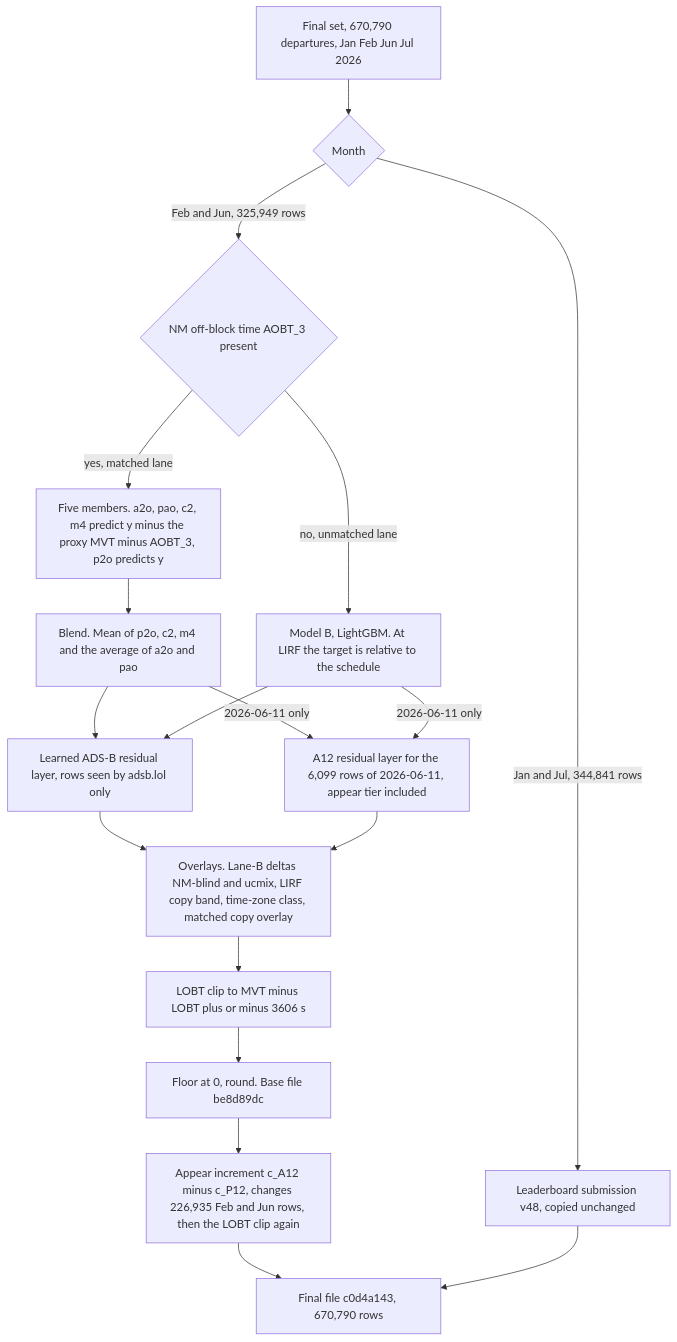
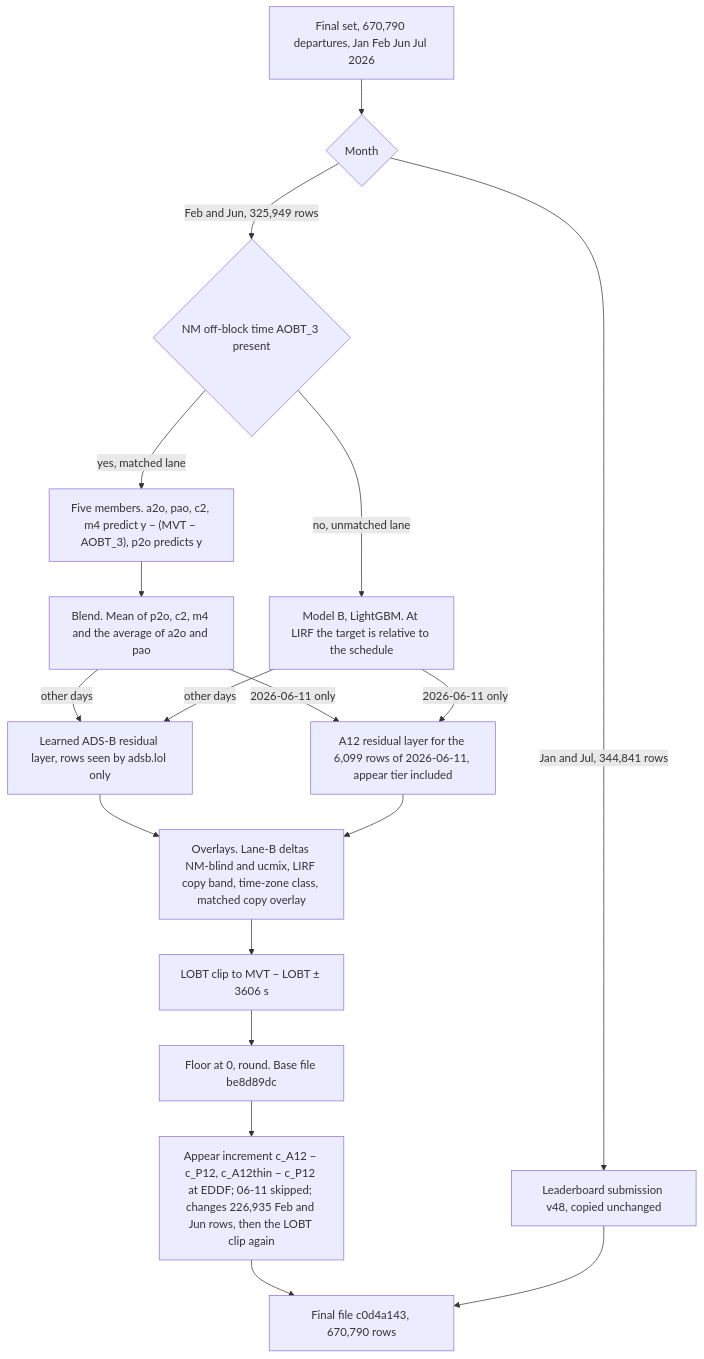
One commit to MOCHITEC/prc-data-challenge changed the diagram in README.md. Above: the diagram before and after it, drawn with Mermaid. The commit also changed other lines of this file and 7 other files, not shown here.

````diff
--- a/README.md
+++ b/README.md
@@ -60,20 +81,20 @@
 ```mermaid
 flowchart TD
     IN["Final set, 670,790 departures, Jan Feb Jun Jul 2026"] --> MON{"Month"}
     MON -->|"Jan and Jul, 344,841 rows"| V48["Leaderboard submission v48, copied unchanged"]
     MON -->|"Feb and Jun, 325,949 rows"| LANE{"NM off-block time AOBT_3 present"}
-    LANE -->|"yes, matched lane"| MEM["Five members. a2o, pao, c2, m4 predict y minus the proxy MVT minus AOBT_3, p2o predicts y"]
+    LANE -->|"yes, matched lane"| MEM["Five members. a2o, pao, c2, m4 predict y − (MVT − AOBT_3), p2o predicts y"]
     LANE -->|"no, unmatched lane"| MB["Model B, LightGBM. At LIRF the target is relative to the schedule"]
     MEM --> BL["Blend. Mean of p2o, c2, m4 and the average of a2o and pao"]
-    BL --> ADSB["Learned ADS-B residual layer, rows seen by adsb.lol only"]
-    MB --> ADSB
+    BL -->|"other days"| ADSB["Learned ADS-B residual layer, rows seen by adsb.lol only"]
+    MB -->|"other days"| ADSB
     BL -->|"2026-06-11 only"| A12["A12 residual layer for the 6,099 rows of 2026-06-11, appear tier included"]
     MB -->|"2026-06-11 only"| A12
     ADSB --> OVL["Overlays. Lane-B deltas NM-blind and ucmix, LIRF copy band, time-zone class, matched copy overlay"]
     A12 --> OVL
-    OVL --> CLIP["LOBT clip to MVT minus LOBT plus or minus 3606 s"]
+    OVL --> CLIP["LOBT clip to MVT − LOBT ± 3606 s"]
     CLIP --> BASE["Floor at 0, round. Base file be8d89dc"]
-    BASE --> APP["Appear increment c_A12 minus c_P12, changes 226,935 Feb and Jun rows, then the LOBT clip again"]
+    BASE --> APP["Appear increment c_A12 − c_P12, c_A12thin − c_P12 at EDDF; 06-11 skipped; changes 226,935 Feb and Jun rows, then the LOBT clip again"]
     APP --> FIN["Final file c0d4a143, 670,790 rows"]
     V48 --> FIN
 ```
````
